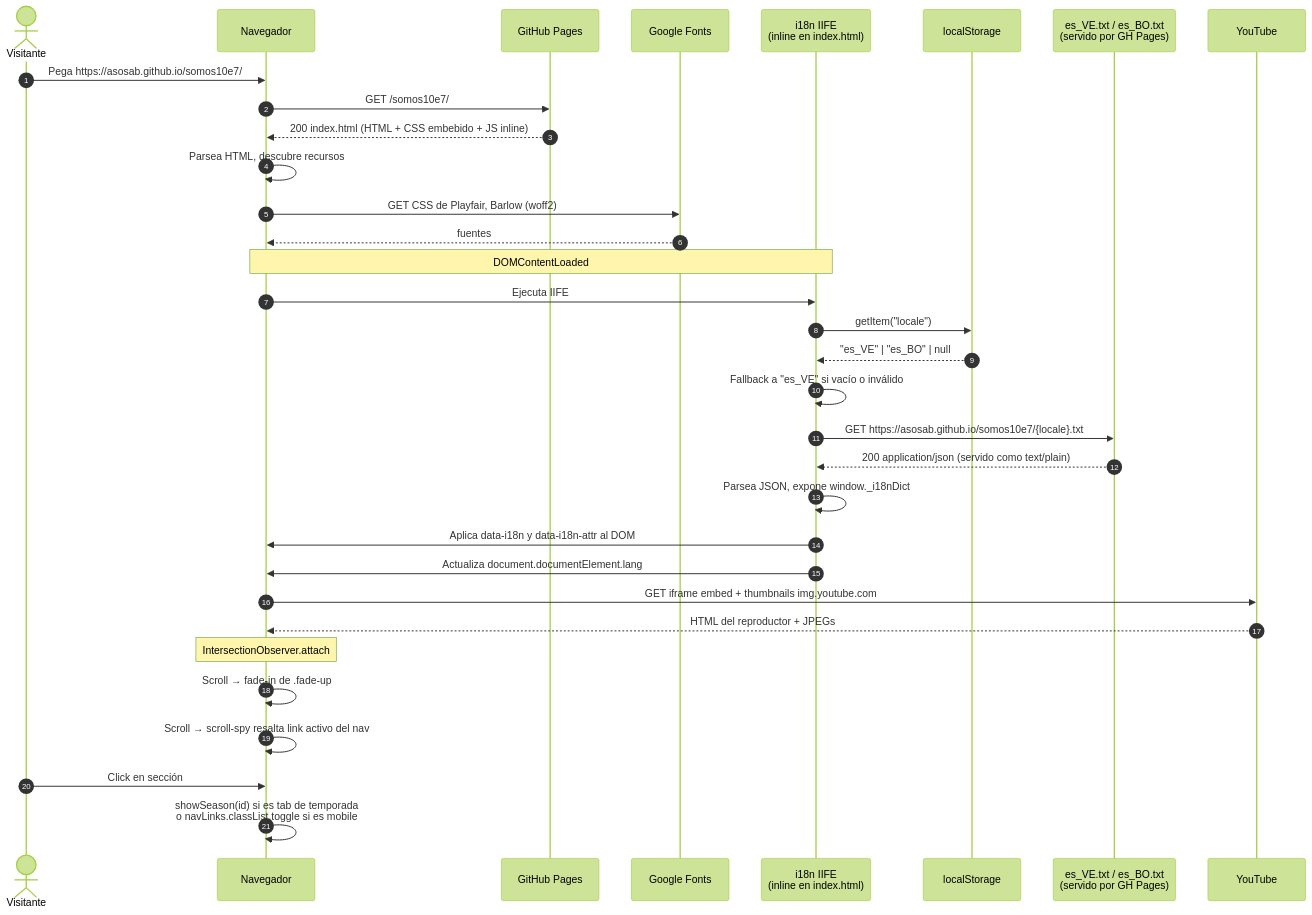
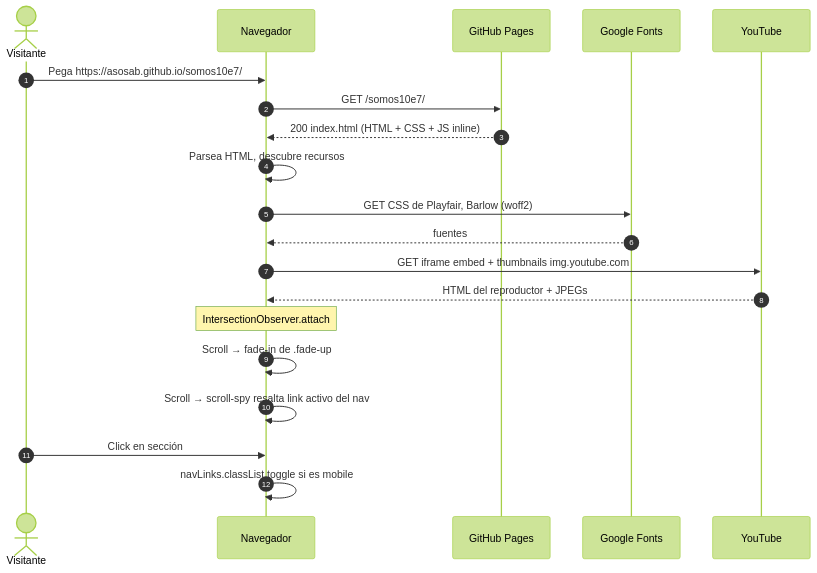
Before and after one commit to asosab/asosab.github.io: the second of 4 diagrams in somos10e7/arquitectura.md, drawn with Mermaid (forest theme). The commit also changed other lines of this file and 9 other files, not shown here.

````diff
--- a/somos10e7/arquitectura.md
+++ b/somos10e7/arquitectura.md
@@ -60,39 +60,25 @@
 ```mermaid
 sequenceDiagram
     autonumber
     actor U as Visitante
     participant B as Navegador
     participant GH as GitHub Pages
     participant GF as Google Fonts
-    participant I18N as i18n IIFE<br/>(inline en index.html)
-    participant LS as localStorage
-    participant LOC as es_VE.txt / es_BO.txt<br/>(servido por GH Pages)
     participant YT as YouTube
 
     U->>B: Pega https://asosab.github.io/somos10e7/
     B->>GH: GET /somos10e7/
-    GH-->>B: 200 index.html (HTML + CSS embebido + JS inline)
+    GH-->>B: 200 index.html (HTML + CSS + JS inline)
     B->>B: Parsea HTML, descubre recursos
     B->>GF: GET CSS de Playfair, Barlow (woff2)
     GF-->>B: fuentes
-
-    Note over B,I18N: DOMContentLoaded
-    B->>I18N: Ejecuta IIFE
-    I18N->>LS: getItem("locale")
-    LS-->>I18N: "es_VE" | "es_BO" | null
-    I18N->>I18N: Fallback a "es_VE" si vacío o inválido
-    I18N->>LOC: GET https://asosab.github.io/somos10e7/{locale}.txt
-    LOC-->>I18N: 200 application/json (servido como text/plain)
-    I18N->>I18N: Parsea JSON, expone window._i18nDict
-    I18N->>B: Aplica data-i18n y data-i18n-attr al DOM
-    I18N->>B: Actualiza document.documentElement.lang
 
     B->>YT: GET iframe embed + thumbnails img.youtube.com
     YT-->>B: HTML del reproductor + JPEGs
 
     Note over B: IntersectionObserver.attach
     B->>B: Scroll → fade-in de .fade-up
     B->>B: Scroll → scroll-spy resalta link activo del nav
     U->>B: Click en sección
-    B->>B: showSeason(id) si es tab de temporada<br/>o navLinks.classList.toggle si es mobile
+    B->>B: navLinks.classList.toggle si es mobile
 ```
````
